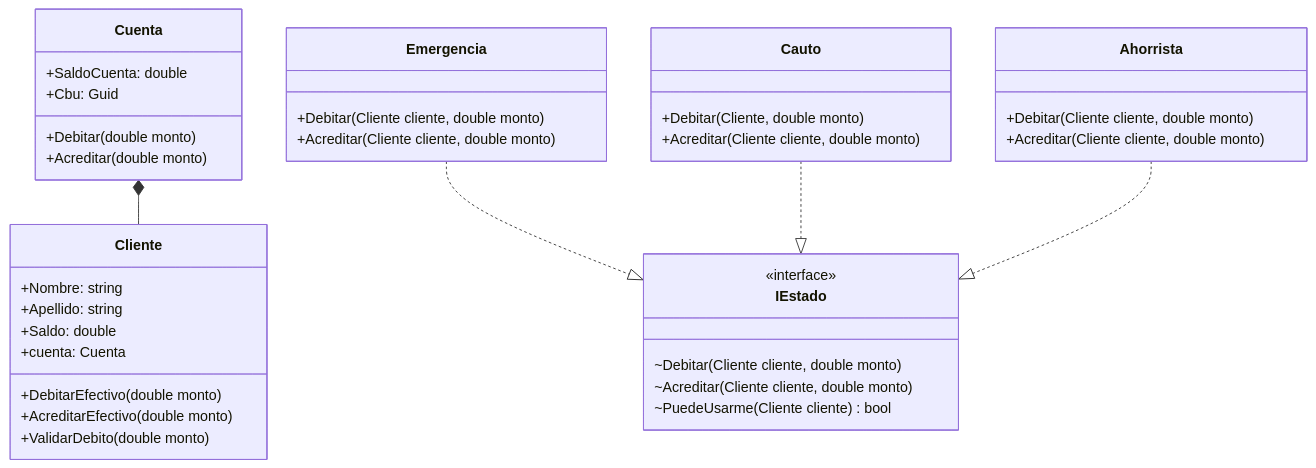
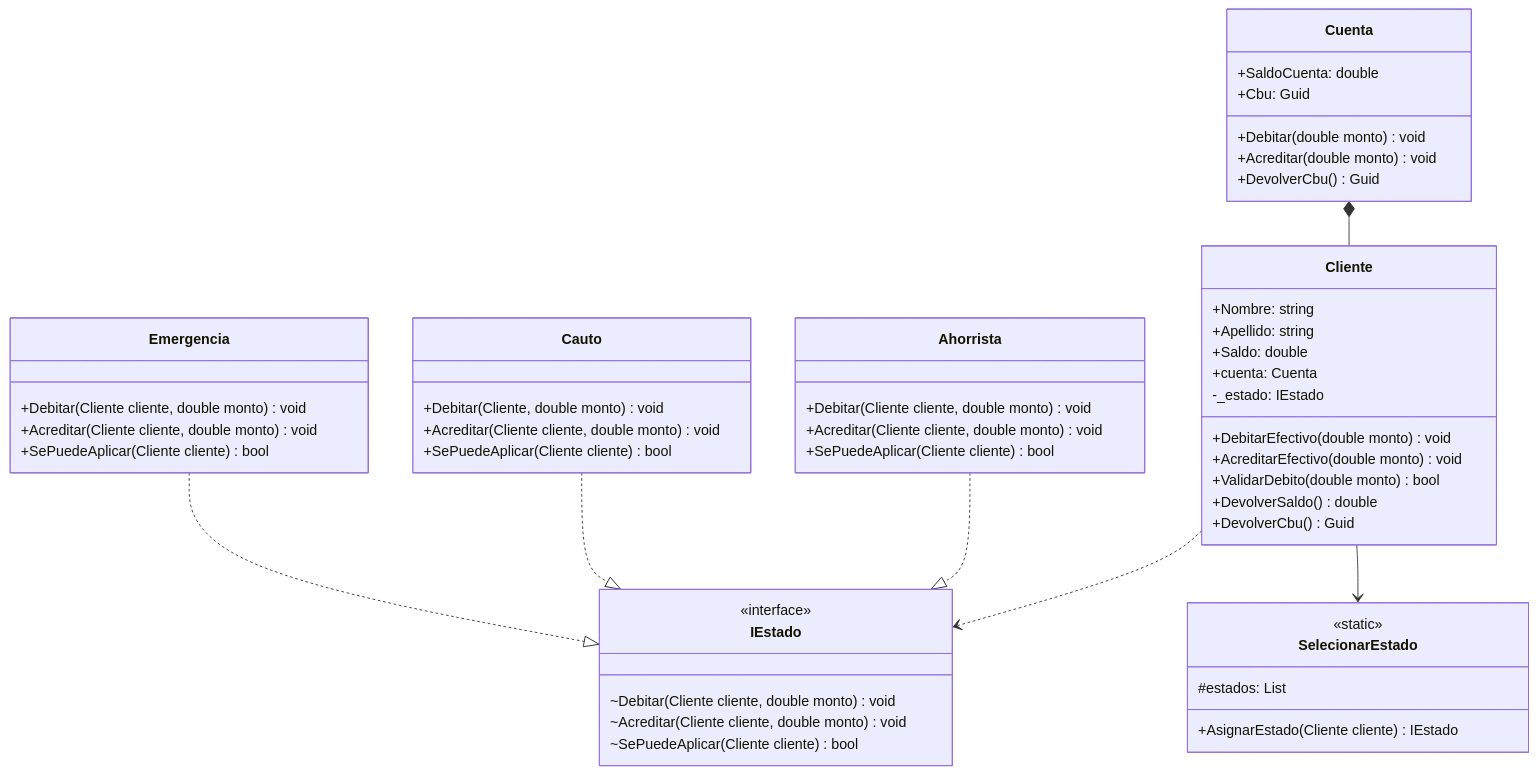
One commit to frank321312/C-_Biblioteca changed the diagram in README.md. Above: the diagram before and after it, drawn with Mermaid.

Commit message:
Diagrama

````diff
--- a/README.md
+++ b/README.md
@@ -3,47 +3,62 @@
 ```mermaid
 classDiagram
 
 class Cliente {
     +Nombre: string
     +Apellido: string
     +Saldo: double
     +cuenta: Cuenta
-    +DebitarEfectivo(double monto)
-    +AcreditarEfectivo(double monto)
-    +ValidarDebito(double monto)
+    -_estado: IEstado
+    +DebitarEfectivo(double monto) void
+    +AcreditarEfectivo(double monto) void
+    +ValidarDebito(double monto) bool
+    +DevolverSaldo() double
+    +DevolverCbu() Guid
 }
 
 class Cuenta {
     +SaldoCuenta: double
     +Cbu: Guid
-    +Debitar(double monto)
-    +Acreditar(double monto)
+    +Debitar(double monto) void
+    +Acreditar(double monto) void
+    +DevolverCbu() Guid
 }
 
 class IEstado {
     <<interface>>
-    ~Debitar(Cliente cliente, double monto)
-    ~Acreditar(Cliente cliente, double monto)
-    ~PuedeUsarme(Cliente cliente) bool
+    ~Debitar(Cliente cliente, double monto) void
+    ~Acreditar(Cliente cliente, double monto) void
+    ~SePuedeAplicar(Cliente cliente) bool
 }
 
 class Cauto {
-    +Debitar(Cliente, double monto)
-    +Acreditar(Cliente cliente, double monto)    
+    +Debitar(Cliente, double monto) void
+    +Acreditar(Cliente cliente, double monto) void
+    +SePuedeAplicar(Cliente cliente) bool
 }
 
 class Emergencia {
-    +Debitar(Cliente cliente, double monto)
-    +Acreditar(Cliente cliente, double monto)    
+    +Debitar(Cliente cliente, double monto) void
+    +Acreditar(Cliente cliente, double monto) void
+    +SePuedeAplicar(Cliente cliente) bool
 }
 
 class Ahorrista {
-    +Debitar(Cliente cliente, double monto)
-    +Acreditar(Cliente cliente, double monto)    
+    +Debitar(Cliente cliente, double monto) void
+    +Acreditar(Cliente cliente, double monto) void
+    +SePuedeAplicar(Cliente cliente) bool
+}
+
+class SelecionarEstado {
+    <<static>>
+    #estados: List<IEstado>
+    +AsignarEstado(Cliente cliente) IEstado
 }
 
 Emergencia ..|> IEstado
 Cauto ..|> IEstado
 Ahorrista ..|> IEstado
 Cuenta *-- Cliente
+Cliente ..> IEstado
+Cliente --> SelecionarEstado
 ```
````
